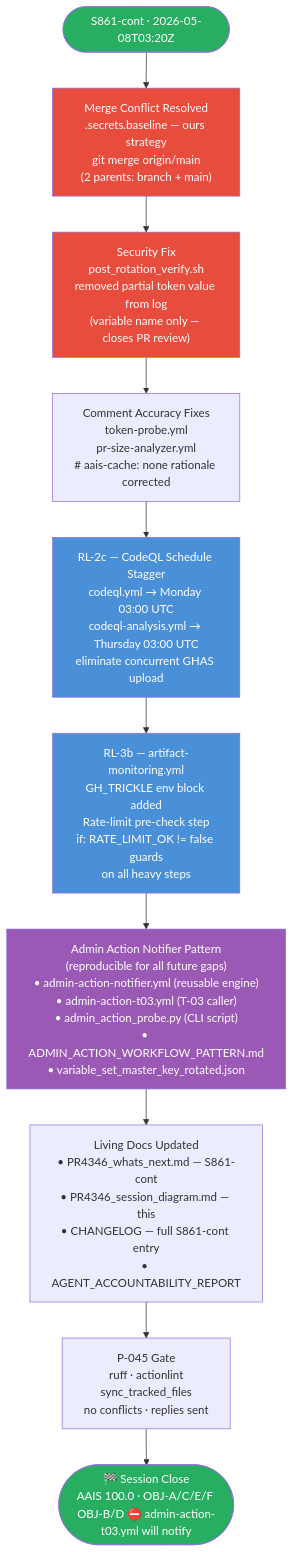
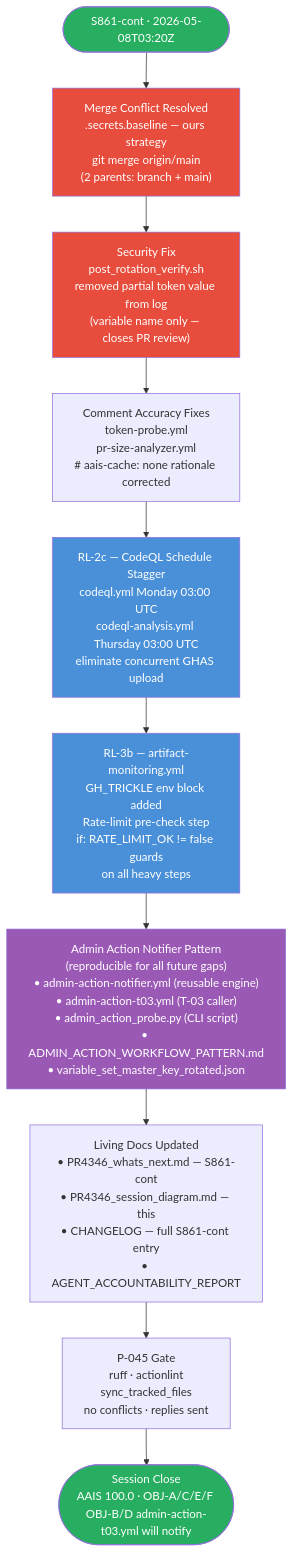
The sixth of 26 diagrams in docs/sessions/PR4346_session_diagram.md (Aries-Serpent/_codex_), drawn with Mermaid before and after one commit. The commit also changed other lines of this file and 4117 other files, not shown here.

````diff
--- a/docs/sessions/PR4346_session_diagram.md
+++ b/docs/sessions/PR4346_session_diagram.md
@@ -157,31 +170,33 @@
 ```mermaid
 %%{init: {'accessibility': {'title': 'Flowchart showing " S861-cont · 2026-05-08T03:20Z", " Merge Conflict Resolved\n.secrets.baseline — ours strategy\ngit merge origin/main\n(2 parents: branch + main)"'}}%%
+
 flowchart TD
-    START([" S861-cont · 2026-05-08T03:20Z"]) --> MERGE
 
-    MERGE[" Merge Conflict Resolved\n.secrets.baseline — ours strategy\ngit merge origin/main\n(2 parents: branch + main)"] --> SEC
+ START([" S861-cont · 2026-05-08T03:20Z"]) --> MERGE
 
-    SEC[" Security Fix\npost_rotation_verify.sh\nremoved partial token value from log\n(variable name only — closes PR review)"] --> CACHE
+ MERGE[" Merge Conflict Resolved\n.secrets.baseline — ours strategy\ngit merge origin/main\n(2 parents: branch + main)"] --> SEC
 
-    CACHE[" Comment Accuracy Fixes\ntoken-probe.yml\npr-size-analyzer.yml\n# aais-cache: none rationale corrected"] --> RL2C
+ SEC[" Security Fix\npost_rotation_verify.sh\nremoved partial token value from log\n(variable name only — closes PR review)"] --> CACHE
 
-    RL2C[" RL-2c — CodeQL Schedule Stagger\ncodeql.yml → Monday 03:00 UTC\ncodeql-analysis.yml → Thursday 03:00 UTC\neliminate concurrent GHAS upload"] --> RL3B
+ CACHE[" Comment Accuracy Fixes\ntoken-probe.yml\npr-size-analyzer.yml\n# aais-cache: none rationale corrected"] --> RL2C
 
-    RL3B[" RL-3b — artifact-monitoring.yml\nGH_TRICKLE env block added\nRate-limit pre-check step\nif: RATE_LIMIT_OK != false guards\non all heavy steps"] --> ADMIN
+ RL2C[" RL-2c — CodeQL Schedule Stagger\ncodeql.yml Monday 03:00 UTC\ncodeql-analysis.yml Thursday 03:00 UTC\neliminate concurrent GHAS upload"] --> RL3B
 
-    ADMIN[" Admin Action Notifier Pattern\n(reproducible for all future gaps)\n• admin-action-notifier.yml (reusable engine)\n• admin-action-t03.yml (T-03 caller)\n• admin_action_probe.py (CLI script)\n• ADMIN_ACTION_WORKFLOW_PATTERN.md\n• variable_set_master_key_rotated.json"] --> DOCS
+ RL3B[" RL-3b — artifact-monitoring.yml\nGH_TRICKLE env block added\nRate-limit pre-check step\nif: RATE_LIMIT_OK != false guards\non all heavy steps"] --> ADMIN
 
-    DOCS[" Living Docs Updated\n• PR4346_whats_next.md — S861-cont\n• PR4346_session_diagram.md — this\n• CHANGELOG — full S861-cont entry\n• AGENT_ACCOUNTABILITY_REPORT"] --> GATE
+ ADMIN[" Admin Action Notifier Pattern\n(reproducible for all future gaps)\n• admin-action-notifier.yml (reusable engine)\n• admin-action-t03.yml (T-03 caller)\n• admin_action_probe.py (CLI script)\n• ADMIN_ACTION_WORKFLOW_PATTERN.md\n• variable_set_master_key_rotated.json"] --> DOCS
 
-    GATE[" P-045 Gate\nruff  · actionlint \nsync_tracked_files \nno conflicts · replies sent"] --> END
+ DOCS[" Living Docs Updated\n• PR4346_whats_next.md — S861-cont\n• PR4346_session_diagram.md — this\n• CHANGELOG — full S861-cont entry\n• AGENT_ACCOUNTABILITY_REPORT"] --> GATE
 
-    END(["🏁 Session Close\nAAIS 100.0 · OBJ-A/C/E/F \nOBJ-B/D ⛔ admin-action-t03.yml will notify"])
+ GATE[" P-045 Gate\nruff · actionlint \nsync_tracked_files \nno conflicts · replies sent"] --> END
 
-    style START fill:#27ae60,color:#fff
-    style END fill:#27ae60,color:#fff
-    style MERGE fill:#e74c3c,color:#fff
-    style SEC fill:#e74c3c,color:#fff
-    style ADMIN fill:#9b59b6,color:#fff
-    style RL2C fill:#4a90d9,color:#fff
-    style RL3B fill:#4a90d9,color:#fff
+ END([" Session Close\nAAIS 100.0 · OBJ-A/C/E/F \nOBJ-B/D admin-action-t03.yml will notify"])
+
+ style START fill:#27ae60,color:#fff
+ style END fill:#27ae60,color:#fff
+ style MERGE fill:#e74c3c,color:#fff
+ style SEC fill:#e74c3c,color:#fff
+ style ADMIN fill:#9b59b6,color:#fff
+ style RL2C fill:#4a90d9,color:#fff
+ style RL3B fill:#4a90d9,color:#fff
 ```
````
